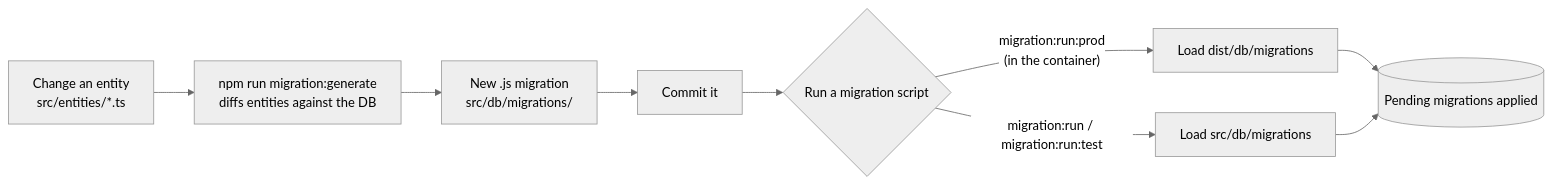
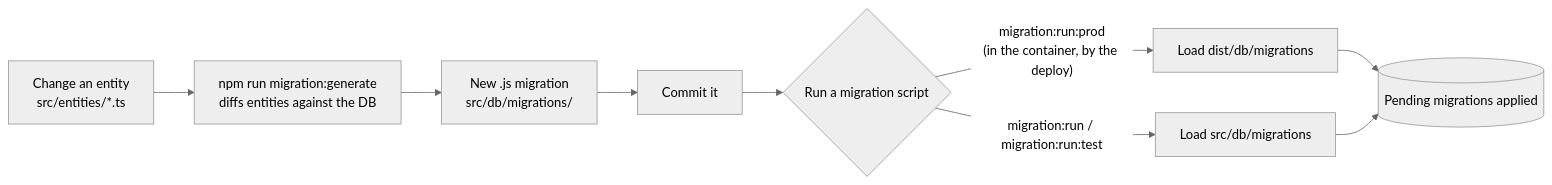
One commit to yoyanni/e-com changed the second of 2 diagrams in docs/data-model.md. Above: the diagram before and after it, drawn with Mermaid (neutral theme). The commit also changed other lines of this file and 6 other files, not shown here.

Commit message:
Add automatic migration run for prod

````diff
--- a/docs/data-model.md
+++ b/docs/data-model.md
@@ -122,11 +122,11 @@
 ```mermaid
 flowchart LR
   edit["Change an entity<br/>src/entities/*.ts"] --> gen["npm run migration:generate<br/>diffs entities against the DB"]
   gen --> file["New .js migration<br/>src/db/migrations/"]
   file --> commit["Commit it"]
   commit --> run{"Run a migration script"}
-  run -->|"migration:run:prod<br/>(in the container)"| dist["Load dist/db/migrations"]
+  run -->|"migration:run:prod<br/>(in the container, by the deploy)"| dist["Load dist/db/migrations"]
   run -->|"migration:run / migration:run:test"| src["Load src/db/migrations"]
   dist --> apply[("Pending migrations applied")]
   src --> apply
 ```
````
